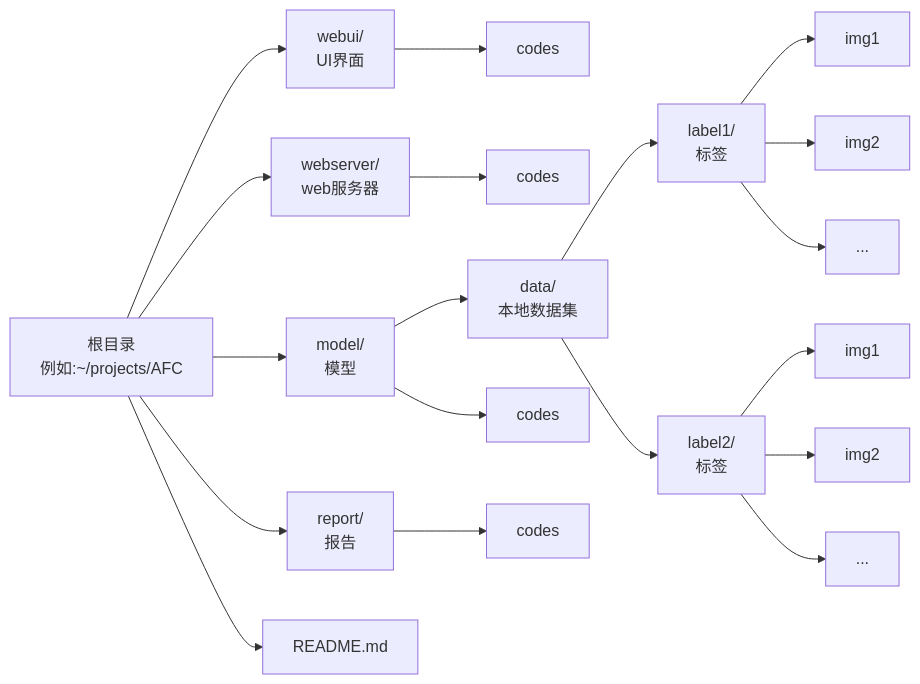
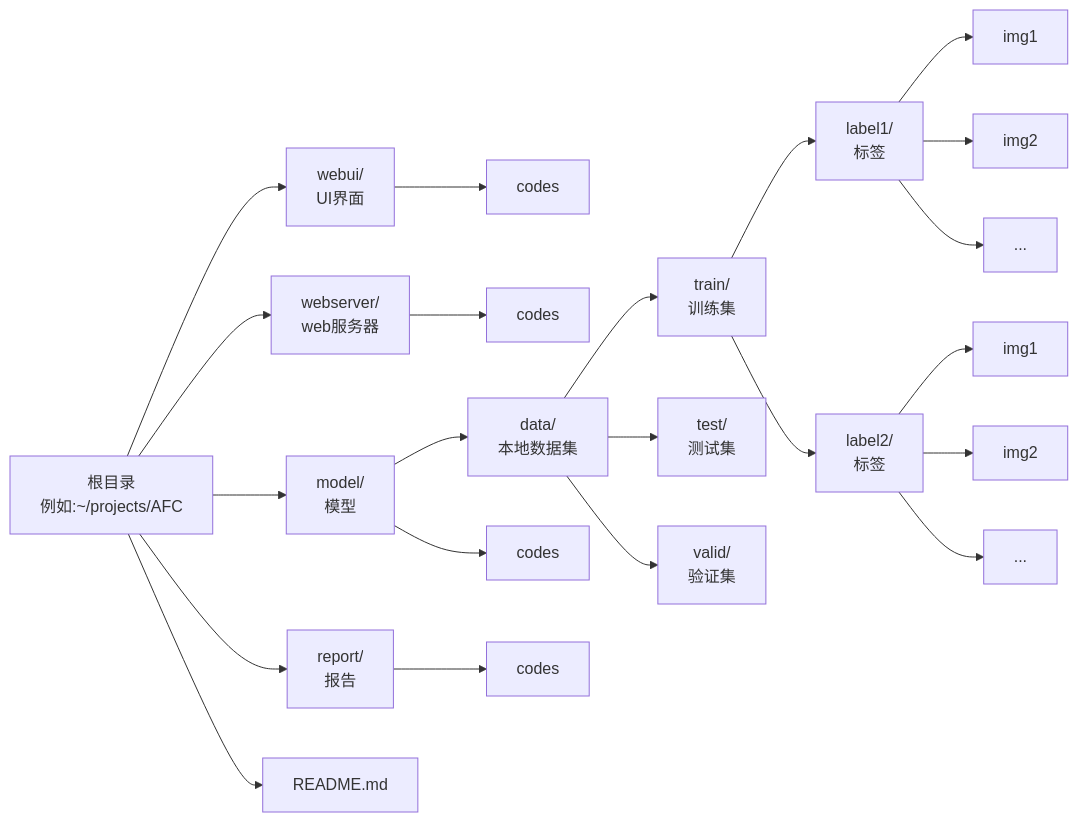
The diagram in README.md (NH-5/AFC), drawn with Mermaid before and after one commit. The commit also changed other lines of this file, not shown here.

````diff
--- a/README.md
+++ b/README.md
@@ -106,30 +106,33 @@
 ```mermaid
 graph LR
     Root[根目录<br/>例如:~/projects/AFC]
     
     Root --> WebUI[webui/<br/>UI界面]
     Root --> WebServer[webserver/<br/>web服务器]
     Root --> Model[model/<br/>模型]
     Root --> Report[report/<br/>报告]
     Root --> README[README.md]
     
     WebUI --> WebUICode[codes]
     
     WebServer --> WebServerCode[codes]
     
     Model --> Data[data/<br/>本地数据集]
     Model --> ModelCode[codes]
     
-    Data --> Label1[label1/<br/>标签]
-    Data --> Label2[label2/<br/>标签]
+    Data --> Train[train/<br/>训练集]
+    Data --> Test[test/<br/>测试集]
+    Data --> Valid[valid/<br/>验证集]
+    Train --> Label1[label1/<br/>标签]
+    Train --> Label2[label2/<br/>标签]
     
     Label1 --> Img1_1[img1]
     Label1 --> Img1_2[img2]
     Label1 --> Img1_Dots[...]
     
     Label2 --> Img2_1[img1]
     Label2 --> Img2_2[img2]
     Label2 --> Img2_Dots[...]
     
     Report --> ReportCode[codes]
 ```
````
